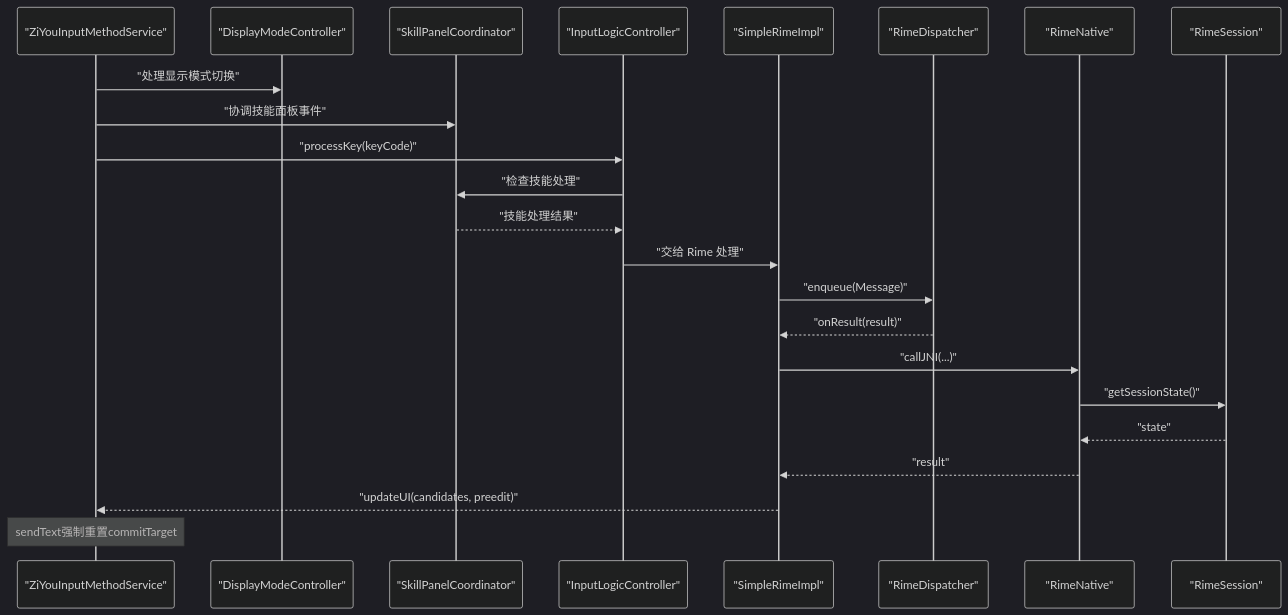
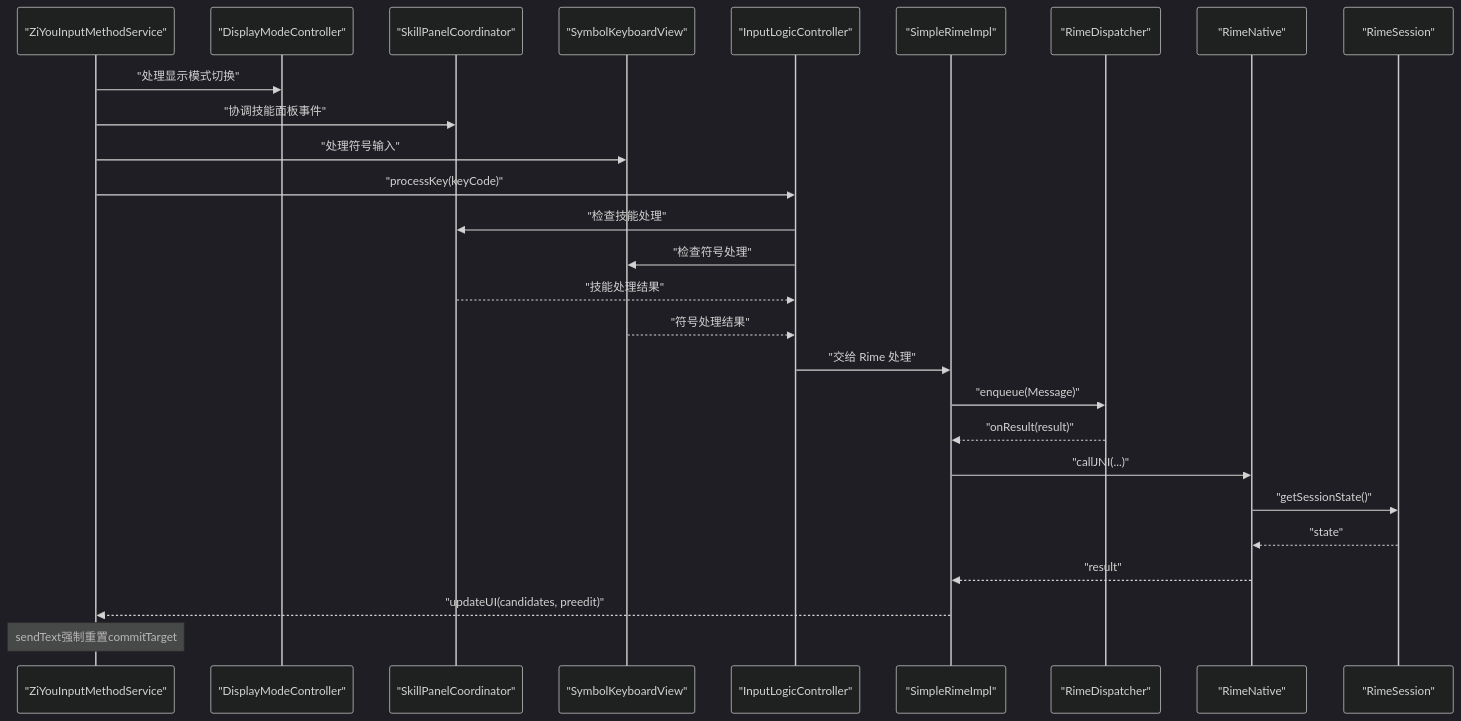
One commit to qiaodashaoye/ziyou-ime changed the fourth of 6 diagrams in .qoder/repowiki/zh/content/输入法服务.md. Above: the diagram before and after it, drawn with Mermaid (dark theme). The commit also changed other lines of this file and 4 other files, not shown here.

Commit message:
docs(repowiki): 同步 AI 面板/图片发送/符号键盘 架构文档

````diff
--- a/.qoder/repowiki/zh/content/输入法服务.md
+++ b/.qoder/repowiki/zh/content/输入法服务.md
@@ -433,25 +464,29 @@
 ```mermaid
 sequenceDiagram
 participant Service as "ZiYouInputMethodService"
 participant ModeController as "DisplayModeController"
 participant SkillCoordinator as "SkillPanelCoordinator"
+participant SymbolView as "SymbolKeyboardView"
 participant Controller as "InputLogicController"
 participant Core as "SimpleRimeImpl"
 participant Disp as "RimeDispatcher"
 participant Native as "RimeNative"
 participant Session as "RimeSession"
 Service->>ModeController : "处理显示模式切换"
 Service->>SkillCoordinator : "协调技能面板事件"
+Service->>SymbolView : "处理符号输入"
 Service->>Controller : "processKey(keyCode)"
 Controller->>SkillCoordinator : "检查技能处理"
+Controller->>SymbolView : "检查符号处理"
 SkillCoordinator-->>Controller : "技能处理结果"
+SymbolView-->>Controller : "符号处理结果"
 Controller->>Core : "交给 Rime 处理"
 Core->>Disp : "enqueue(Message)"
 Disp-->>Core : "onResult(result)"
 Core->>Native : "callJNI(...)"
 Native->>Session : "getSessionState()"
 Session-->>Native : "state"
 Native-->>Core : "result"
 Core-->>Service : "updateUI(candidates, preedit)"
 Note over Service : sendText强制重置commitTarget
 ```
````
